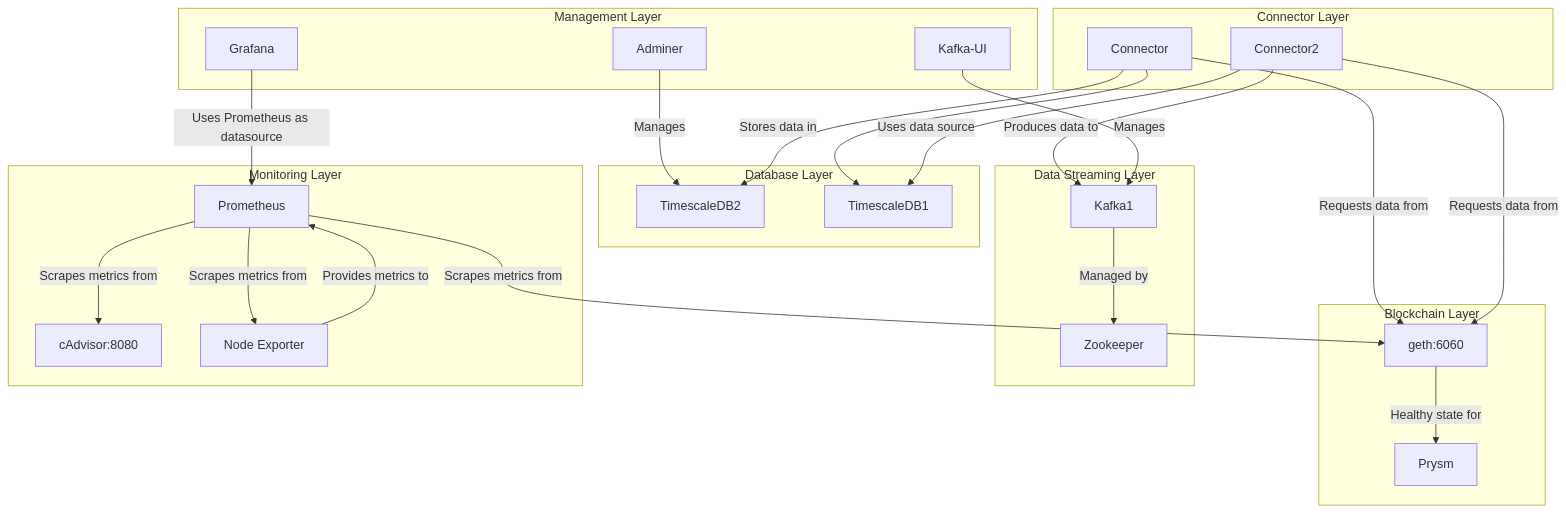
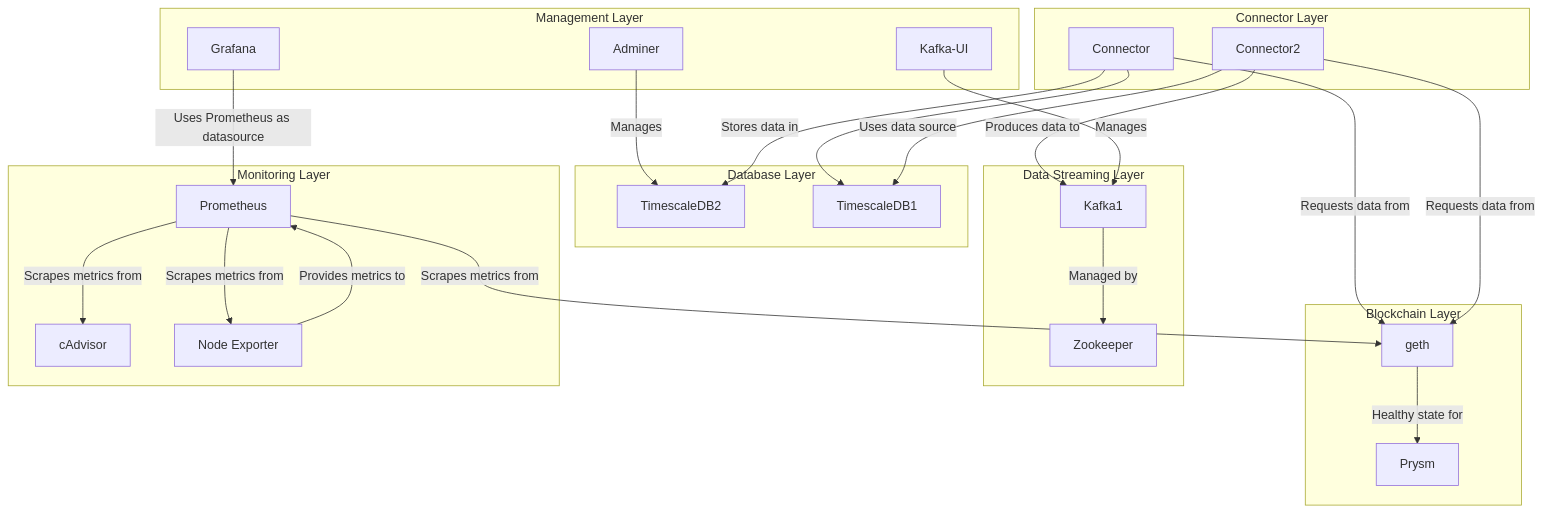
One commit to Milimas/blockblock changed the diagram in README.md. Above: the diagram before and after it, drawn with Mermaid.

Commit message:
Update Architecture Diagram

````diff
--- a/README.md
+++ b/README.md
@@ -5,50 +5,50 @@
 ```mermaid
 graph TD;
     J[Adminer] -->|Manages| G[TimescaleDB2];
     H[Connector] -->|Stores data in| G[TimescaleDB2];
     H --> F[TimescaleDB1];
     I[Connector2] -->|Uses data source| F[TimescaleDB1];
     A[geth] -->|Healthy state for| B[Prysm];
     C[Kafka1] -->|Managed by| D[Zookeeper];
     H[Connector] -->|Requests data from| A[geth];
     I[Connector2] -->|Produces data to| C[Kafka1];
     I[Connector2] -->|Requests data from| A[geth];
     K[Kafka-UI] -->|Manages| C[Kafka1];
-    L[Prometheus] -->|Scrapes metrics from| A[geth:6060];
-    L[Prometheus] -->|Scrapes metrics from| M[cAdvisor:8080];
-    L[Prometheus] -->|Scrapes metrics from| N[Node Exporter:9100];
+    L[Prometheus] -->|Scrapes metrics from| A[geth];
+    L[Prometheus] -->|Scrapes metrics from| M[cAdvisor];
+    L[Prometheus] -->|Scrapes metrics from| N[Node Exporter];
     N[Node Exporter] -->|Provides metrics to| L[Prometheus];
     O[Grafana] -->|Uses Prometheus as datasource| L[Prometheus];
 
     subgraph Blockchain Layer
       A
       B
     end
 
     subgraph Data Streaming Layer
       C
       D
     end
 
     subgraph Database Layer
       F
       G
     end
 
     subgraph Connector Layer
       H
       I
     end
 
     subgraph Monitoring Layer
       L
       M
       N
     end
 
     subgraph Management Layer
       K
       O
       J
     end
 ```
````
